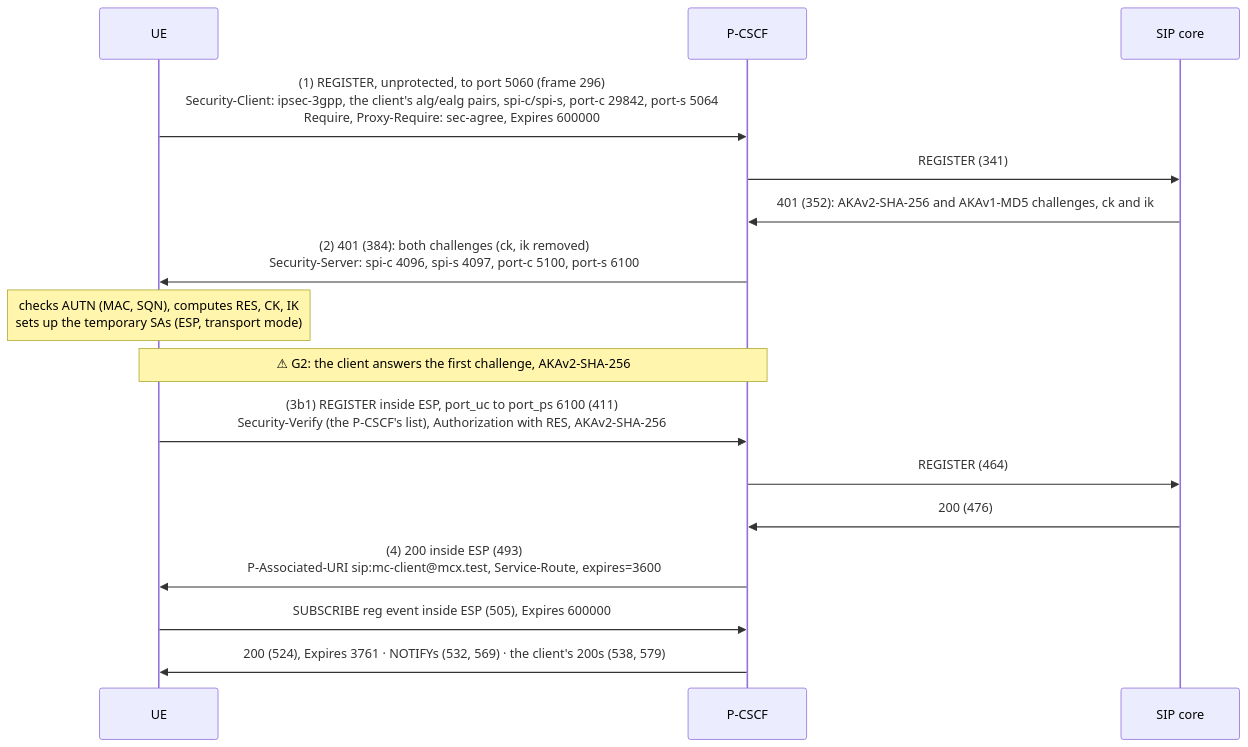
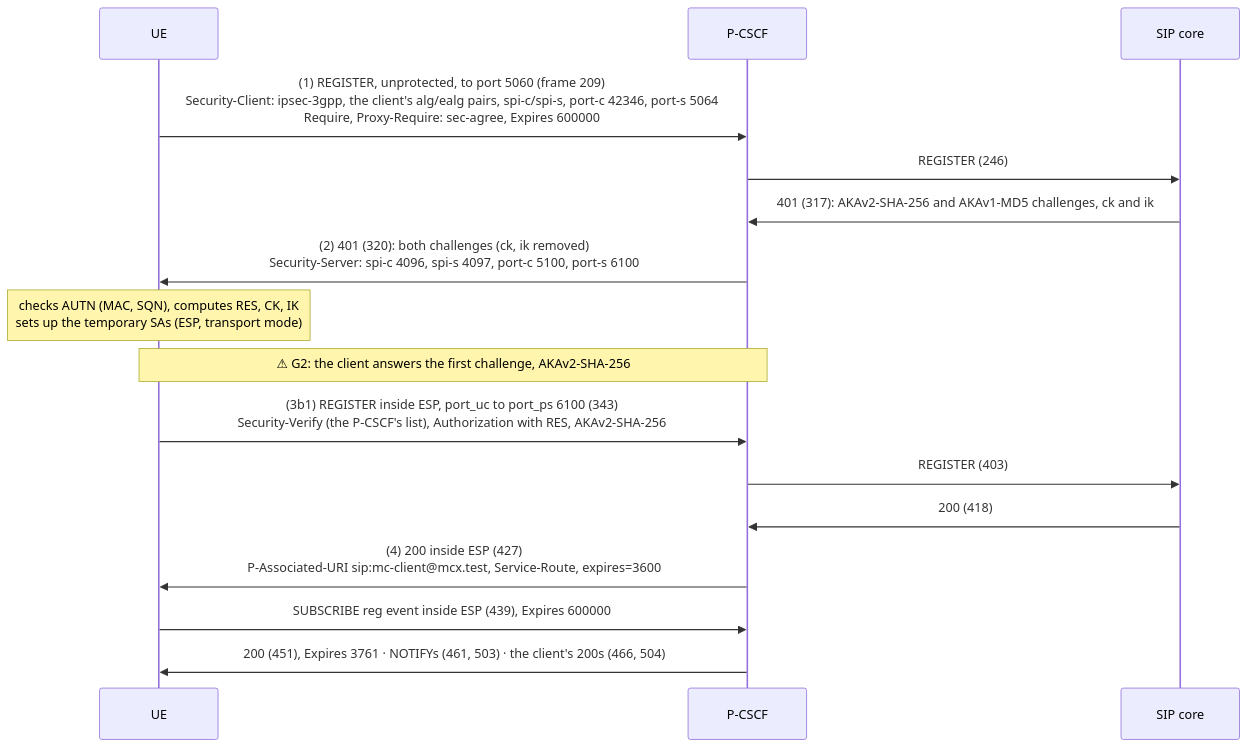
The second of 9 diagrams in tutorials/end-to-end/10-openmcx-ue-conformance-check/CALL_FLOW.md (openMCX/openmcx-server), drawn with Mermaid before and after one commit. The commit also changed other lines of this file and 6 other files, not shown here.

````diff
--- a/tutorials/end-to-end/10-openmcx-ue-conformance-check/CALL_FLOW.md
+++ b/tutorials/end-to-end/10-openmcx-ue-conformance-check/CALL_FLOW.md
@@ -86,18 +86,18 @@
 ```mermaid
 sequenceDiagram
     participant UE
     participant PC as P-CSCF
     participant SC as SIP core
-    UE->>PC: (1) REGISTER, unprotected, to port 5060 (frame 296)<br/>Security-Client: ipsec-3gpp, the client's alg/ealg pairs, spi-c/spi-s, port-c 29842, port-s 5064<br/>Require, Proxy-Require: sec-agree, Expires 600000
-    PC->>SC: REGISTER (341)
-    SC->>PC: 401 (352): AKAv2-SHA-256 and AKAv1-MD5 challenges, ck and ik
-    PC->>UE: (2) 401 (384): both challenges (ck, ik removed)<br/>Security-Server: spi-c 4096, spi-s 4097, port-c 5100, port-s 6100
+    UE->>PC: (1) REGISTER, unprotected, to port 5060 (frame 209)<br/>Security-Client: ipsec-3gpp, the client's alg/ealg pairs, spi-c/spi-s, port-c 42346, port-s 5064<br/>Require, Proxy-Require: sec-agree, Expires 600000
+    PC->>SC: REGISTER (246)
+    SC->>PC: 401 (317): AKAv2-SHA-256 and AKAv1-MD5 challenges, ck and ik
+    PC->>UE: (2) 401 (320): both challenges (ck, ik removed)<br/>Security-Server: spi-c 4096, spi-s 4097, port-c 5100, port-s 6100
     Note over UE: checks AUTN (MAC, SQN), computes RES, CK, IK<br/>sets up the temporary SAs (ESP, transport mode)
     Note over UE,PC: ⚠ G2: the client answers the first challenge, AKAv2-SHA-256
-    UE->>PC: (3b1) REGISTER inside ESP, port_uc to port_ps 6100 (411)<br/>Security-Verify (the P-CSCF's list), Authorization with RES, AKAv2-SHA-256
-    PC->>SC: REGISTER (464)
-    SC->>PC: 200 (476)
-    PC->>UE: (4) 200 inside ESP (493)<br/>P-Associated-URI sip:mc-client@mcx.test, Service-Route, expires=3600
-    UE->>PC: SUBSCRIBE reg event inside ESP (505), Expires 600000
-    PC->>UE: 200 (524), Expires 3761 · NOTIFYs (532, 569) · the client's 200s (538, 579)
+    UE->>PC: (3b1) REGISTER inside ESP, port_uc to port_ps 6100 (343)<br/>Security-Verify (the P-CSCF's list), Authorization with RES, AKAv2-SHA-256
+    PC->>SC: REGISTER (403)
+    SC->>PC: 200 (418)
+    PC->>UE: (4) 200 inside ESP (427)<br/>P-Associated-URI sip:mc-client@mcx.test, Service-Route, expires=3600
+    UE->>PC: SUBSCRIBE reg event inside ESP (439), Expires 600000
+    PC->>UE: 200 (451), Expires 3761 · NOTIFYs (461, 503) · the client's 200s (466, 504)
 ```
````
